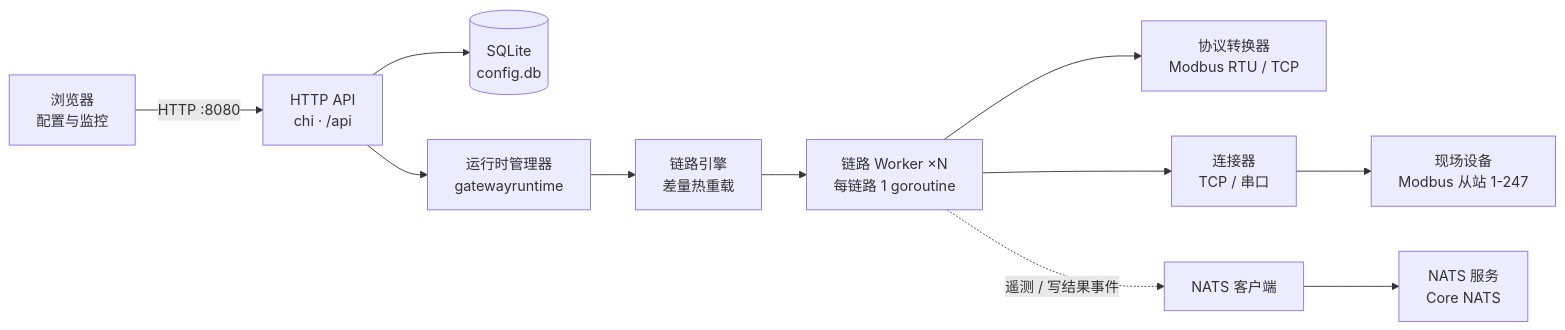
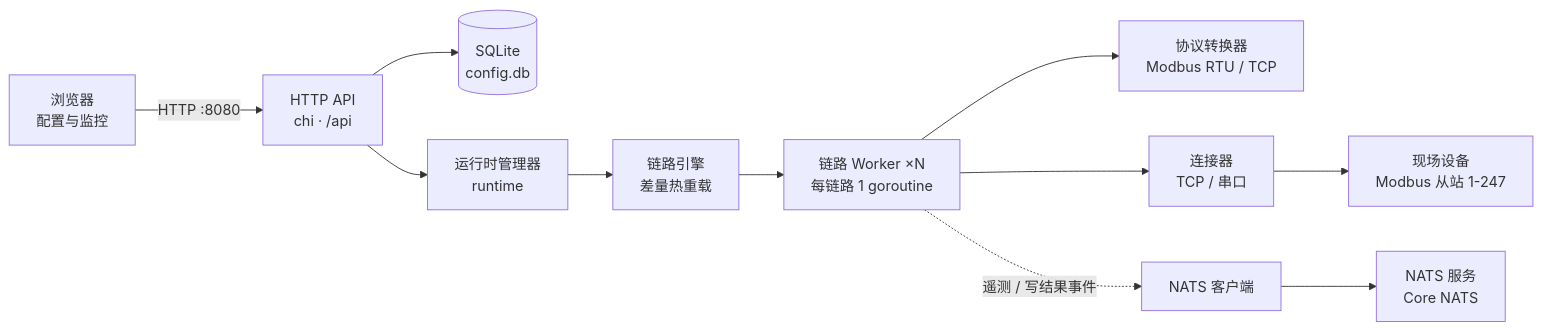
One commit to Zacharias-Chaio/Gateway changed the diagram in README.md. Above: the diagram before and after it, drawn with Mermaid. The commit also changed other lines of this file and 8 other files, not shown here.

````diff
--- a/README.md
+++ b/README.md
@@ -31,13 +31,13 @@
 ```mermaid
 flowchart LR
     U["浏览器<br/>配置与监控"] -->|"HTTP :8080"| API["HTTP API<br/>chi · /api"]
     API --> DB[("SQLite<br/>config.db")]
-    API --> RT["运行时管理器<br/>gatewayruntime"]
+    API --> RT["运行时管理器<br/>runtime"]
     RT --> ENG["链路引擎<br/>差量热重载"]
     ENG --> WK["链路 Worker ×N<br/>每链路 1 goroutine"]
     WK --> CVT["协议转换器<br/>Modbus RTU / TCP"]
     WK --> CONN["连接器<br/>TCP / 串口"]
     CONN --> DEV["现场设备<br/>Modbus 从站 1-247"]
     WK -. "遥测 / 写结果事件" .-> NC["NATS 客户端"]
     NC --> NS["NATS 服务<br/>Core NATS"]
 ```
````
